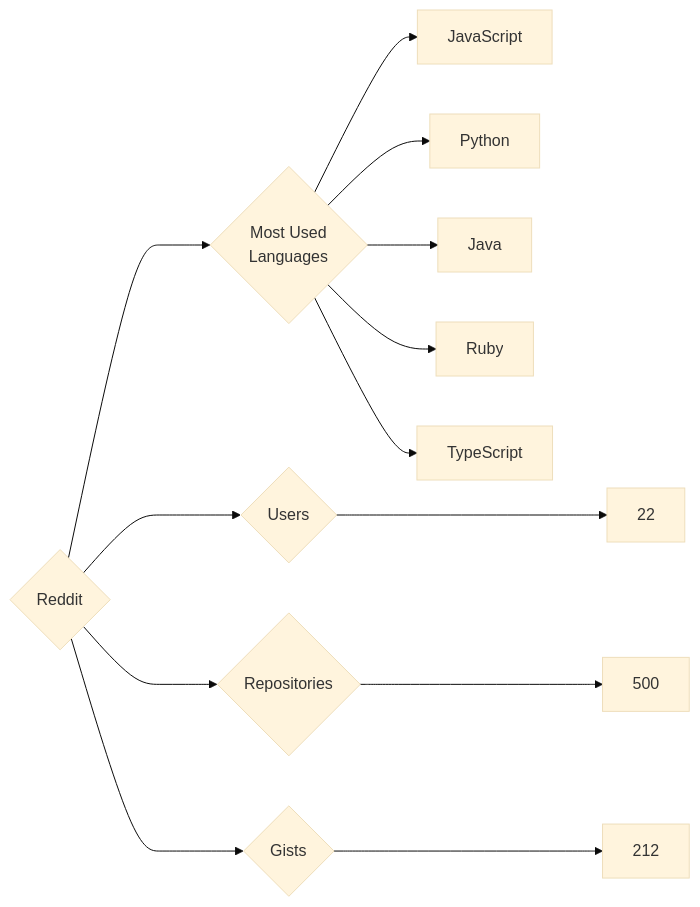
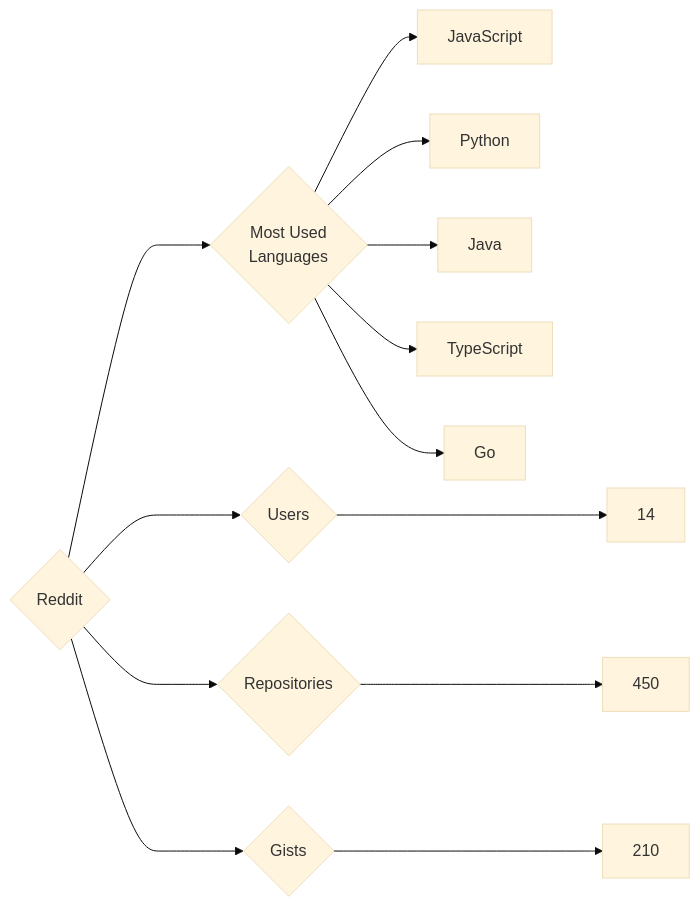
Before and after one commit to trickest/insiders: the diagram in targets/Reddit/README.md, drawn with Mermaid (base theme). The commit also changed 970 other files, not shown here.

````diff
--- a/targets/Reddit/README.md
+++ b/targets/Reddit/README.md
@@ -3,13 +3,13 @@
 ```mermaid
 graph LR
 COMPANY_NAME{Reddit}
-COMPANY_NAME ---> U{Users} ---> UN[22]
-COMPANY_NAME ---> R{Repositories} ---> RN[500]
-COMPANY_NAME ---> G{Gists} ---> GN[212]
+COMPANY_NAME ---> U{Users} ---> UN[14]
+COMPANY_NAME ---> R{Repositories} ---> RN[450]
+COMPANY_NAME ---> G{Gists} ---> GN[210]
 COMPANY_NAME ---> ML{Most Used<br>Languages}
 ML --> JavaScript[JavaScript]
 ML --> Python[Python]
 ML --> Java[Java]
-ML --> Ruby[Ruby]
 ML --> TypeScript[TypeScript]
+ML --> Go[Go]
 ```
````
